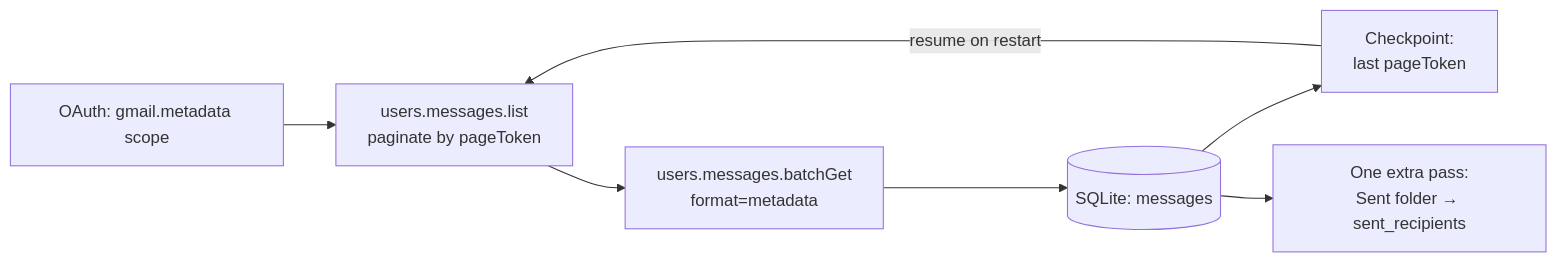
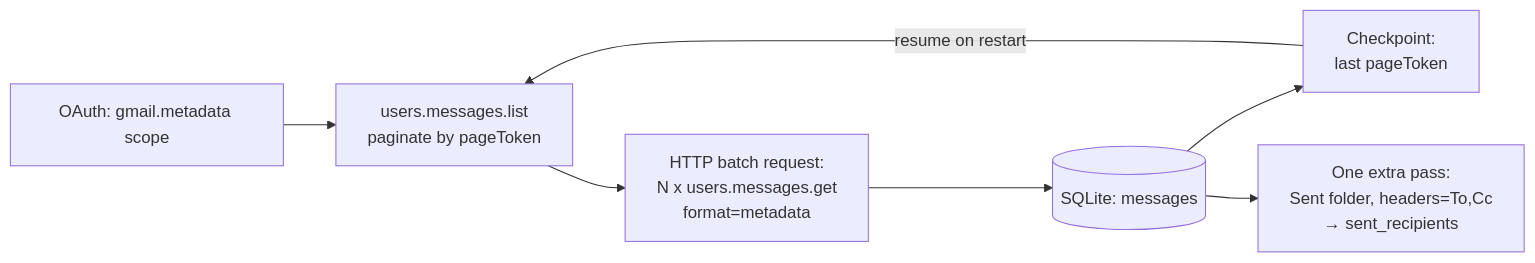
The first of 2 diagrams in Gmail Cleanup Strategy — Technical Spec.md (mslucido-lab/GmailCleanup), drawn with Mermaid before and after one commit. The commit also changed other lines of this file, not shown here.

````diff
--- a/Gmail Cleanup Strategy — Technical Spec.md
+++ b/Gmail Cleanup Strategy — Technical Spec.md
@@ -229,9 +287,9 @@
 ```mermaid
 flowchart LR
   A[OAuth: gmail.metadata scope] --> B[users.messages.list<br/>paginate by pageToken]
-  B --> C[users.messages.batchGet<br/>format=metadata]
+  B --> C[HTTP batch request:<br/>N x users.messages.get<br/>format=metadata]
   C --> D[(SQLite: messages)]
   D --> E[Checkpoint:<br/>last pageToken]
   E -->|resume on restart| B
-  D --> F[One extra pass:<br/>Sent folder → sent_recipients]
+  D --> F[One extra pass:<br/>Sent folder, headers=To,Cc<br/>→ sent_recipients]
 ```
````
